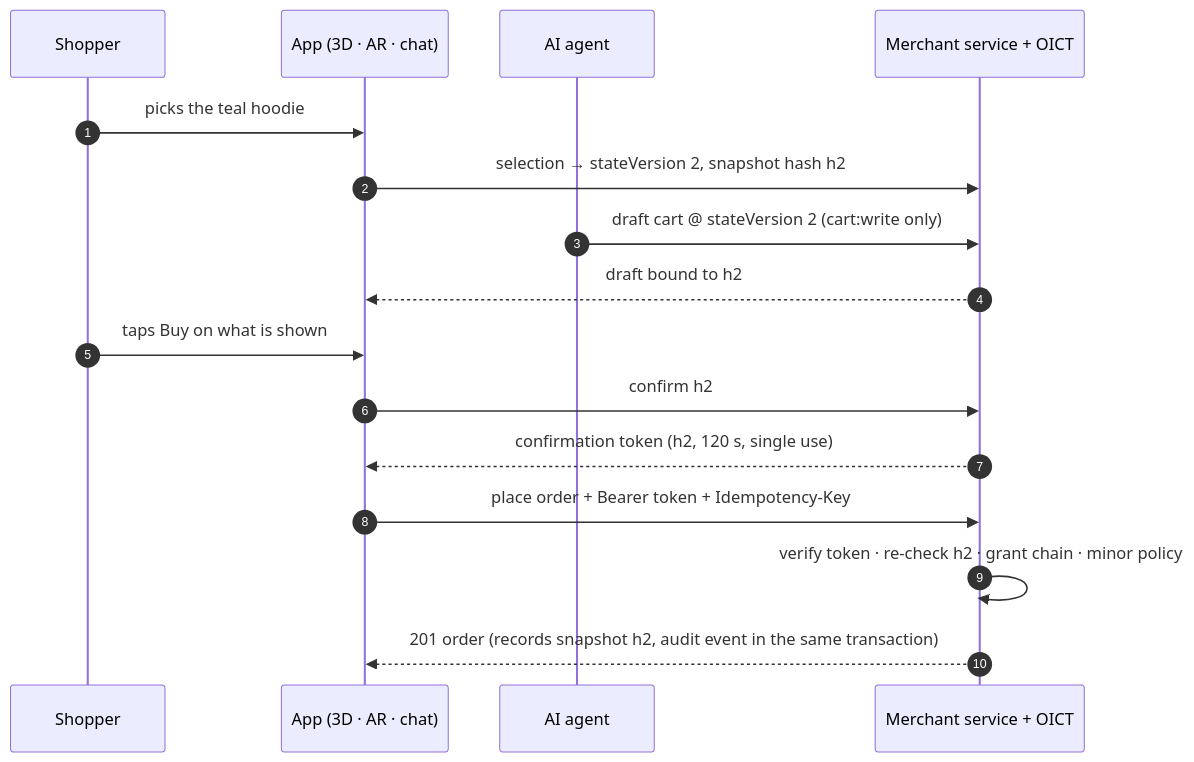
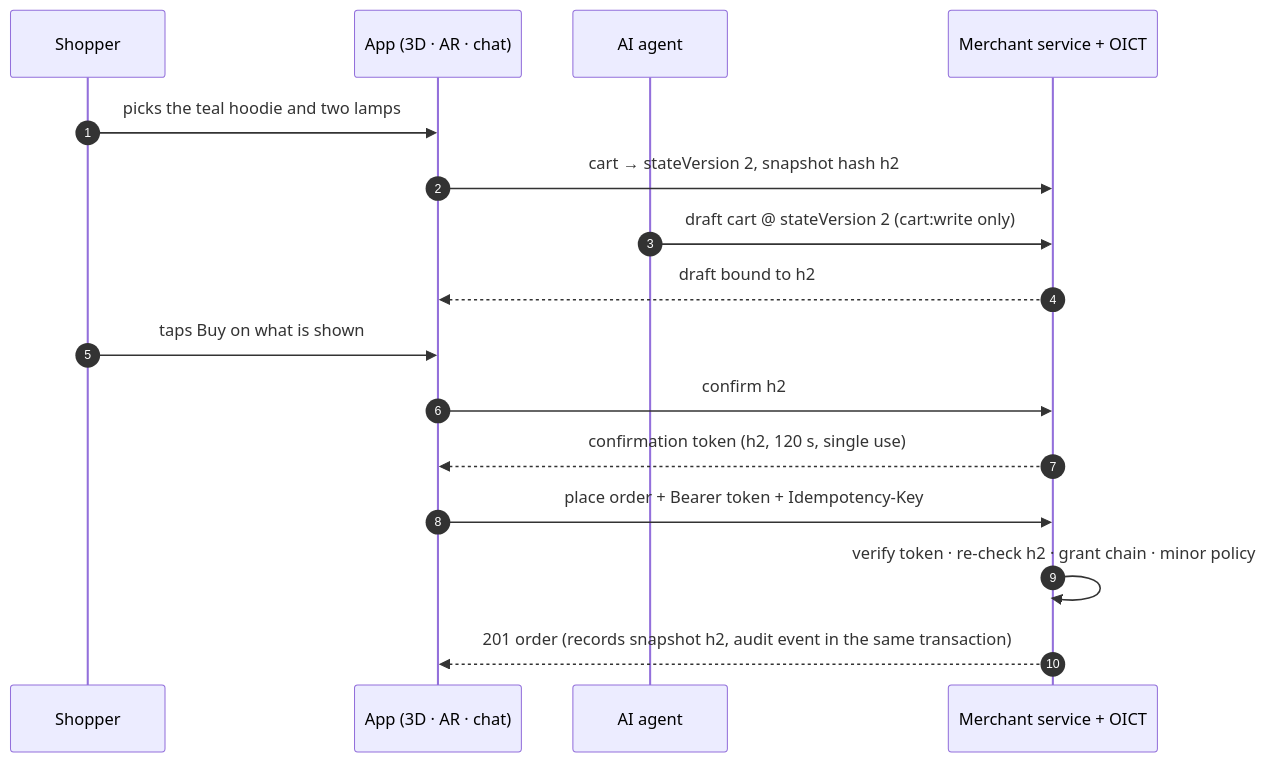
One commit to popcorn8912/oict changed the diagram in README.md. Above: the diagram before and after it, drawn with Mermaid. The commit also changed other lines of this file and 50 other files, not shown here.

````diff
--- a/README.md
+++ b/README.md
@@ -143,18 +166,18 @@
 ```mermaid
 sequenceDiagram
     autonumber
     participant U as Shopper
     participant A as App (3D · AR · chat)
     participant G as AI agent
     participant M as Merchant service + OICT
-    U->>A: picks the teal hoodie
-    A->>M: selection → stateVersion 2, snapshot hash h2
+    U->>A: picks the teal hoodie and two lamps
+    A->>M: cart → stateVersion 2, snapshot hash h2
     G->>M: draft cart @ stateVersion 2 (cart:write only)
     M-->>A: draft bound to h2
     U->>A: taps Buy on what is shown
     A->>M: confirm h2
     M-->>A: confirmation token (h2, 120 s, single use)
     A->>M: place order + Bearer token + Idempotency-Key
     M->>M: verify token · re-check h2 · grant chain · minor policy
     M-->>A: 201 order (records snapshot h2, audit event in the same transaction)
 ```
````
